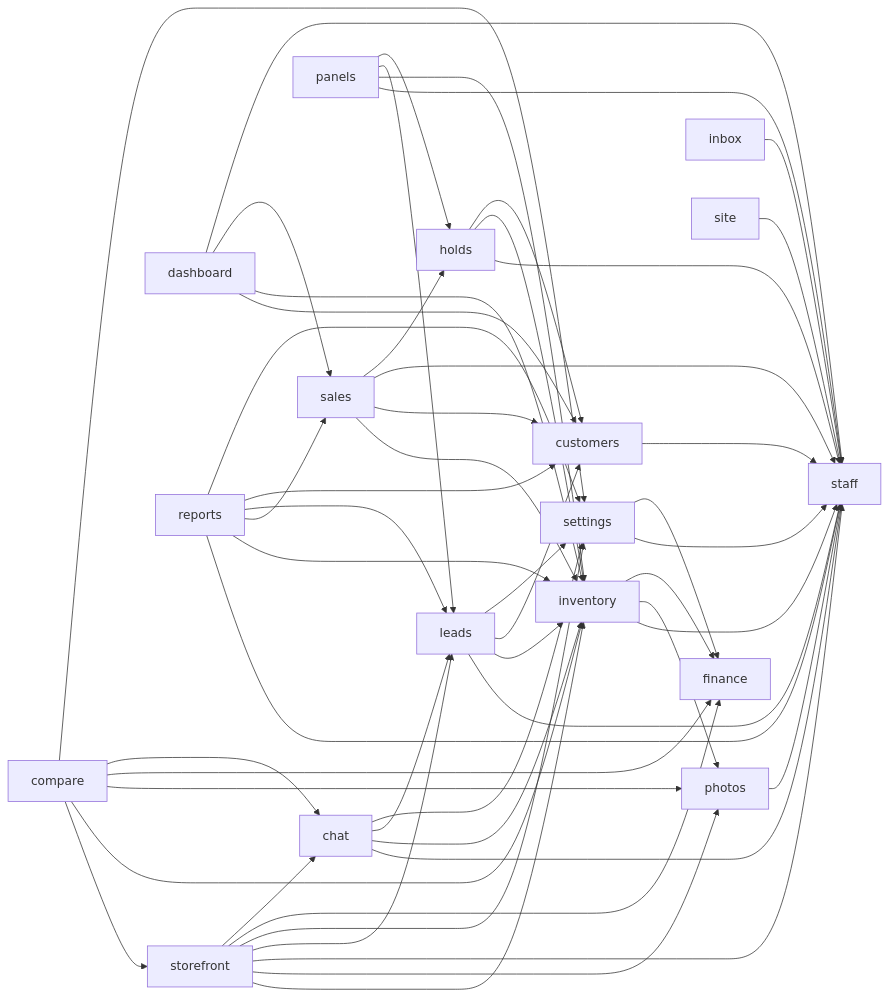
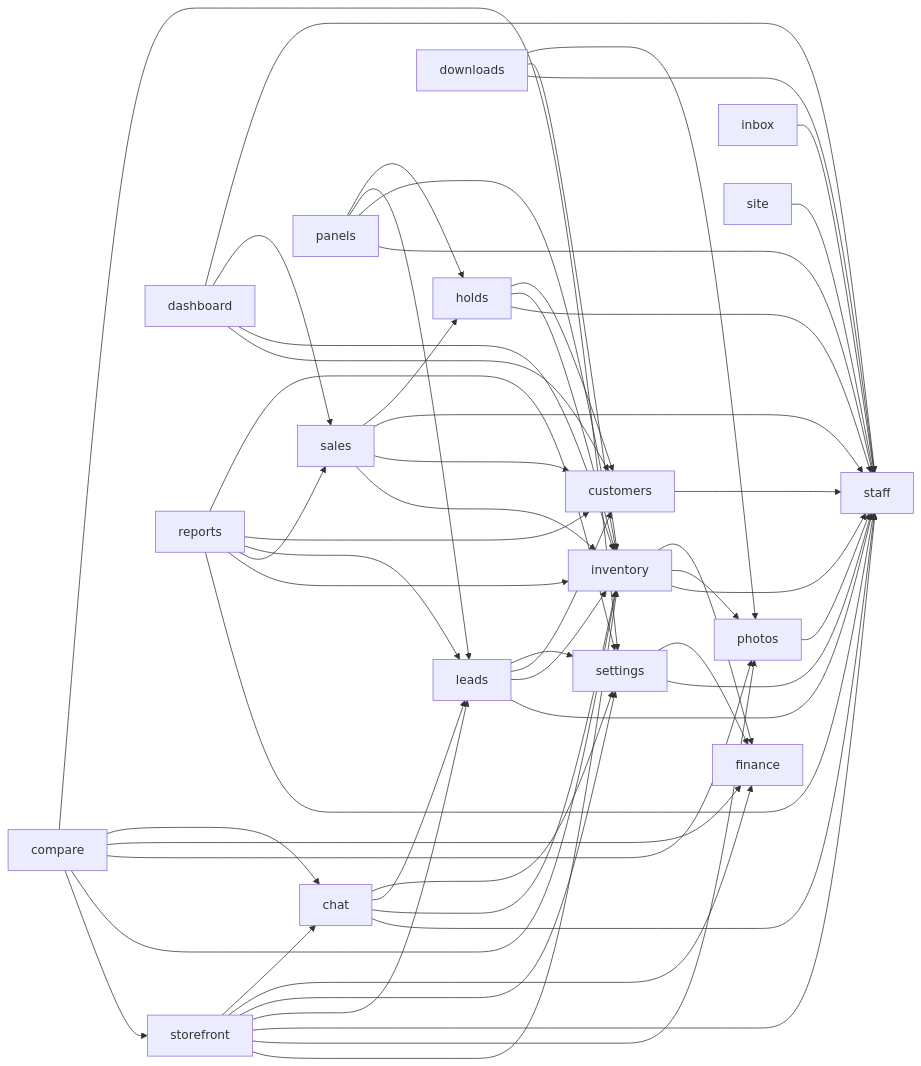
One commit to Ignibyte/aic-demo changed the diagram in docs/wiki/README.md. Above: the diagram before and after it, drawn with Mermaid. The commit also changed other lines of this file and 41 other files, not shown here.

First line of the commit message:
feat(downloads): a vehicle's photos as one ZIP for staff (#36) (#49)

````diff
--- a/docs/wiki/README.md
+++ b/docs/wiki/README.md
@@ -84,56 +85,59 @@
 ```mermaid
 graph LR
     staff
     photos --> staff
     finance
     inventory --> staff
     inventory --> photos
     inventory --> finance
     customers --> staff
     settings --> staff
     settings --> finance
     leads --> staff
     leads --> inventory
     leads --> customers
     leads --> settings
     chat --> staff
     chat --> inventory
     chat --> leads
     chat --> settings
     storefront --> inventory
     storefront --> photos
     storefront --> staff
     storefront --> leads
     storefront --> settings
     storefront --> finance
     storefront --> chat
     compare --> storefront
     compare --> inventory
     compare --> photos
     compare --> finance
     compare --> chat
     compare --> settings
     holds --> staff
     holds --> inventory
     holds --> customers
     sales --> inventory
     sales --> customers
     sales --> staff
     sales --> holds
     dashboard --> customers
     dashboard --> inventory
     dashboard --> sales
     dashboard --> staff
+    downloads --> staff
+    downloads --> inventory
+    downloads --> photos
     inbox --> staff
     panels --> staff
     panels --> inventory
     panels --> leads
     panels --> holds
     reports --> staff
     reports --> inventory
     reports --> sales
     reports --> leads
     reports --> customers
     reports --> settings
     site --> staff
 ```
````
